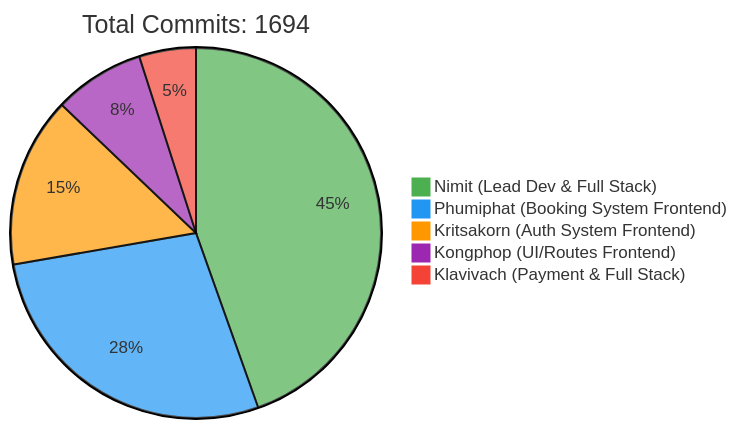
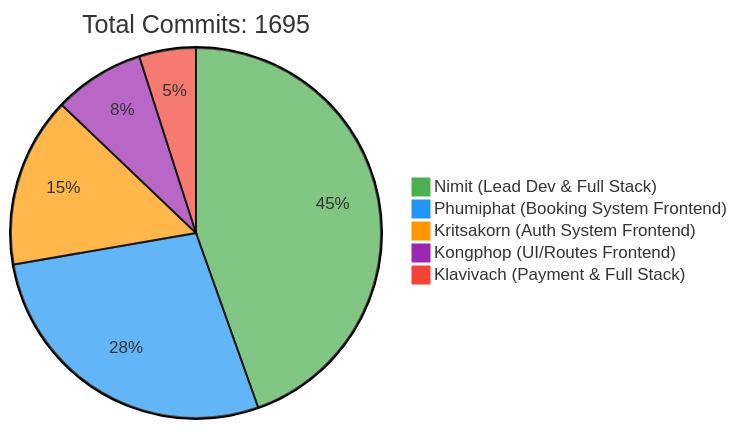
One commit to 6531503042/Sport-Complex changed the first of 2 diagrams in README.md. Above: the diagram before and after it, drawn with Mermaid. The commit also changed other lines of this file, not shown here.

Commit message:
docs: Update contributor statistics [skip ci]

````diff
--- a/README.md
+++ b/README.md
@@ -257,10 +257,10 @@
 ```mermaid
 %%{init: {'theme': 'base', 'themeVariables': { 'pie1': '#4CAF50', 'pie2': '#2196F3', 'pie3': '#FF9800', 'pie4': '#9C27B0', 'pie5': '#F44336'}}}%%
 pie
-    title Total Commits: 1694
+    title Total Commits: 1695
     "Nimit (Lead Dev & Full Stack)" : 450
     "Phumiphat (Booking System Frontend)" : 280
     "Kritsakorn (Auth System Frontend)" : 150
     "Kongphop (UI/Routes Frontend)" : 80
     "Klavivach (Payment & Full Stack)" : 50
 ```
````
